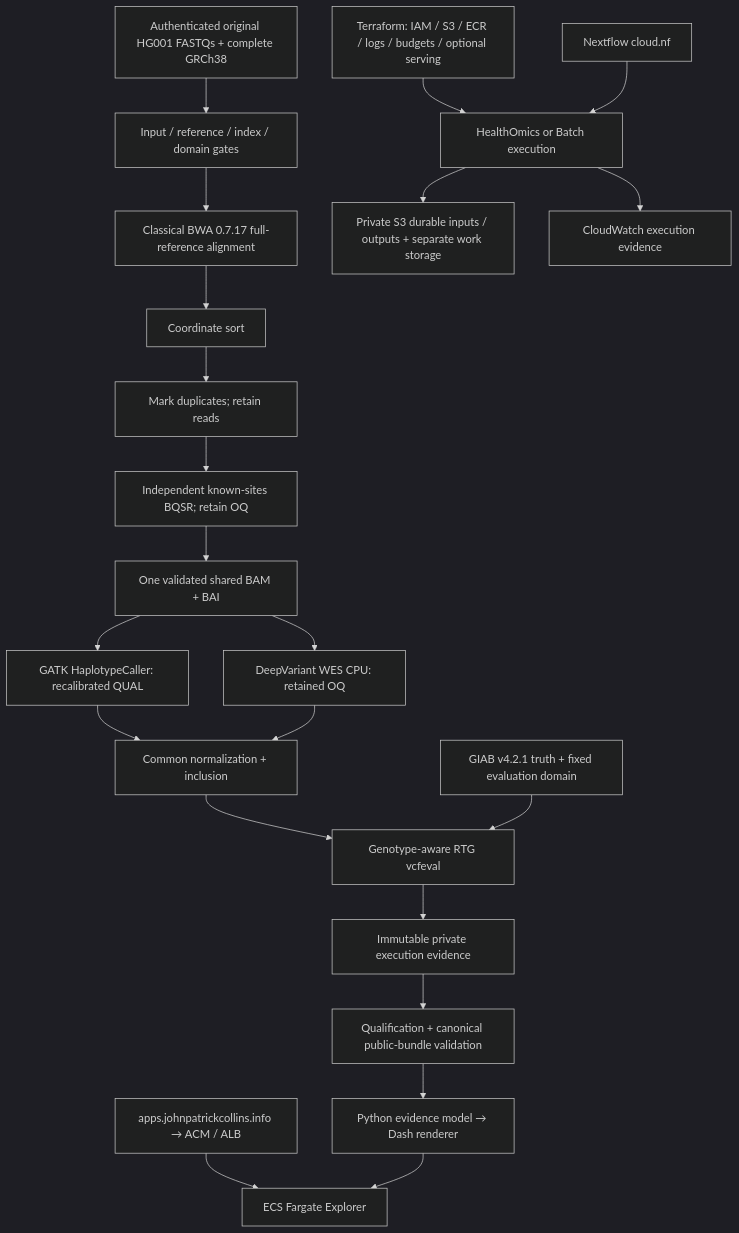
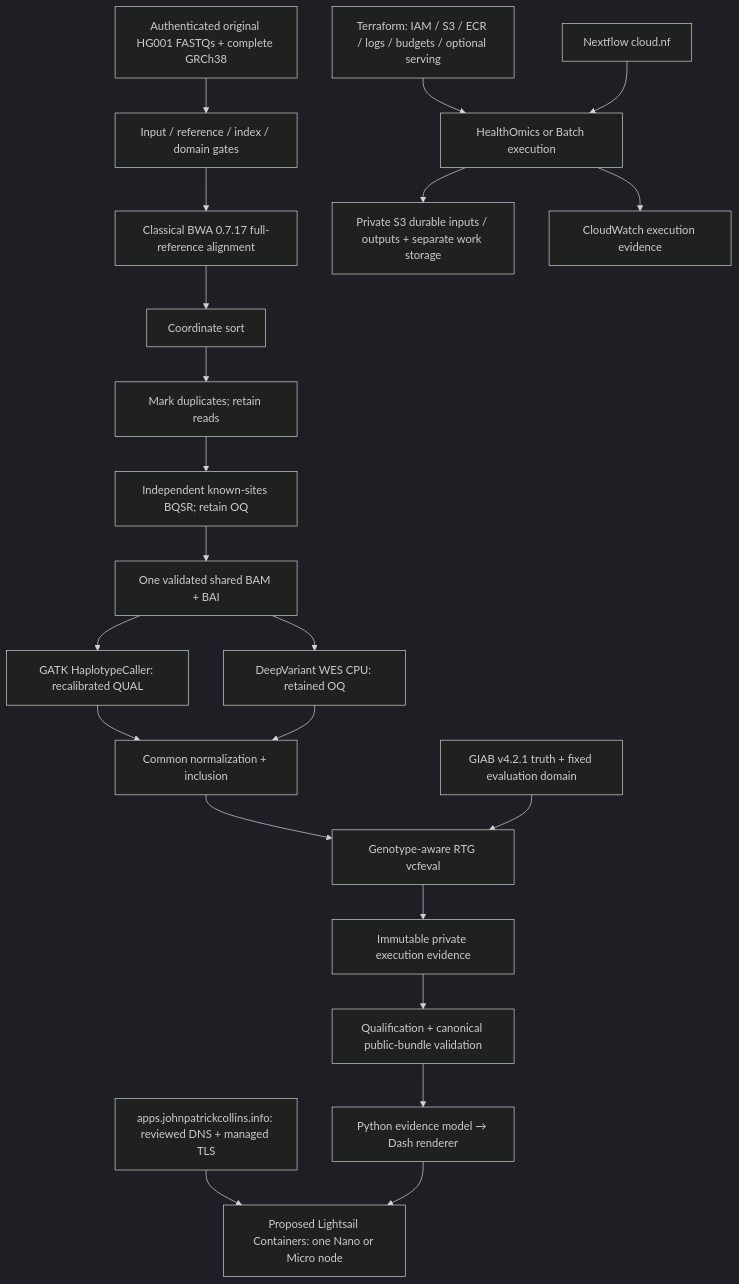
Before and after one commit to jcollins-bioinfo/giab-wes-nextflow: the diagram in README.md, drawn with Mermaid (dark theme). The commit also changed other lines of this file and 24 other files, not shown here.

````diff
--- a/README.md
+++ b/README.md
@@ -110,24 +114,24 @@
 ```mermaid
 flowchart TB
     inputs[Authenticated original HG001 FASTQs + complete GRCh38] --> auth[Input / reference / index / domain gates]
     auth --> bwa[Classical BWA 0.7.17 full-reference alignment]
     bwa --> sort[Coordinate sort]
     sort --> mark[Mark duplicates; retain reads]
     mark --> bqsr[Independent known-sites BQSR; retain OQ]
     bqsr --> shared[One validated shared BAM + BAI]
     shared --> gatk[GATK HaplotypeCaller: recalibrated QUAL]
     shared --> dv[DeepVariant WES CPU: retained OQ]
     gatk --> norm[Common normalization + inclusion]
     dv --> norm
     norm --> eval[Genotype-aware RTG vcfeval]
     truth[GIAB v4.2.1 truth + fixed evaluation domain] --> eval
     eval --> evidence[Immutable private execution evidence]
     evidence --> accept[Qualification + canonical public-bundle validation]
     accept --> explorer[Python evidence model → Dash renderer]
     tf[Terraform: IAM / S3 / ECR / logs / budgets / optional serving] --> aws[HealthOmics or Batch execution]
     nf[Nextflow cloud.nf] --> aws
     aws --> s3[Private S3 durable inputs / outputs + separate work storage]
     aws --> logs[CloudWatch execution evidence]
-    tls[apps.johnpatrickcollins.info → ACM / ALB] --> serving[ECS Fargate Explorer]
+    tls[apps.johnpatrickcollins.info: reviewed DNS + managed TLS] --> serving[Proposed Lightsail Containers: one Nano or Micro node]
     explorer --> serving
 ```
````
